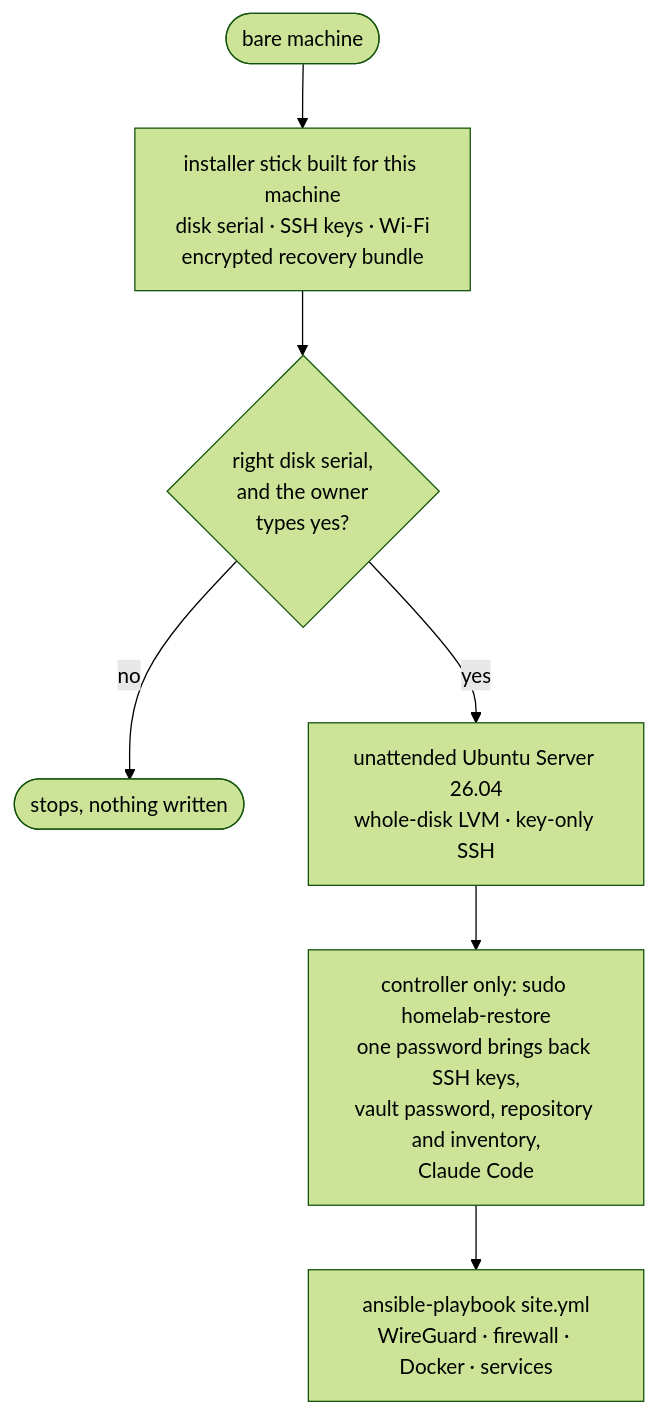
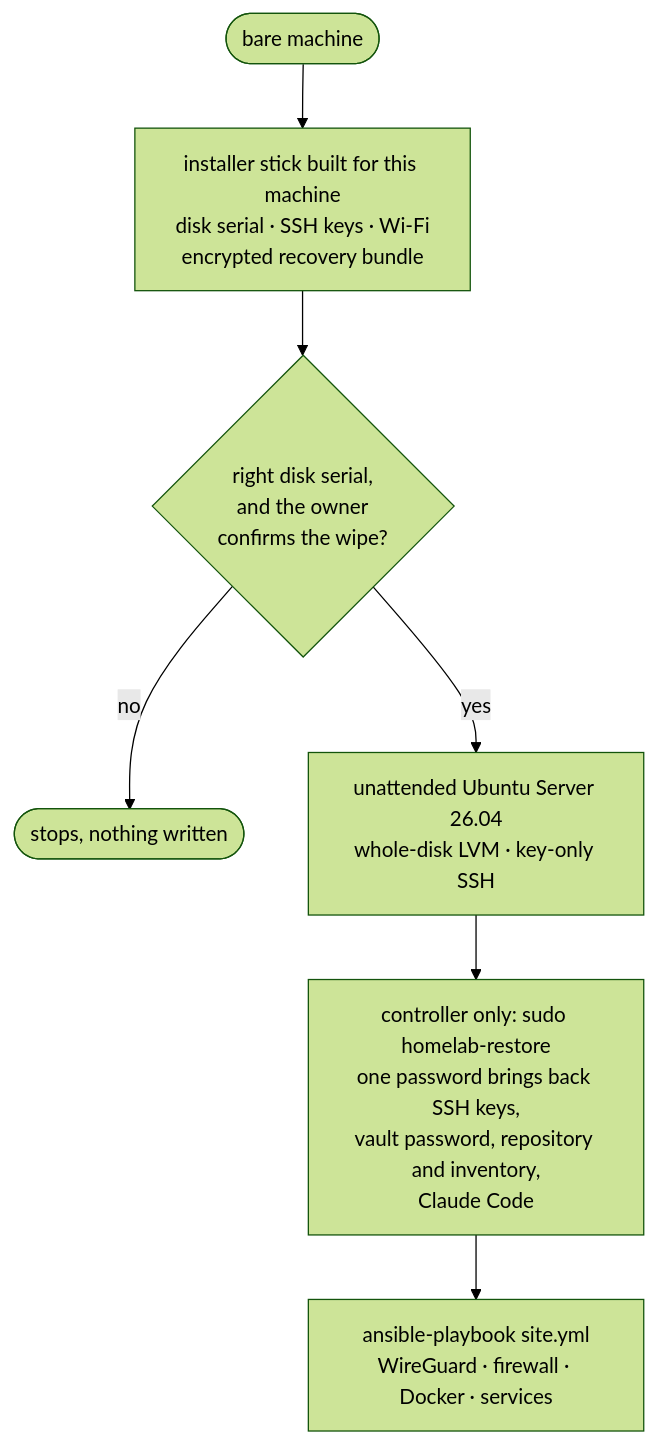
One commit to vpetukhov-wbss/homelab-infrastructure changed the seventh of 8 diagrams in README.md. Above: the diagram before and after it, drawn with Mermaid (forest theme). The commit also changed other lines of this file and 4 other files, not shown here.

```diff
--- a/README.md
+++ b/README.md
@@ -193,9 +193,9 @@
 ~~~mermaid
 flowchart TB
     bare(["bare machine"]) --> stick["installer stick built for this machine<br/>disk serial · SSH keys · Wi-Fi<br/>encrypted recovery bundle"]
-    stick --> check{"right disk serial,<br/>and the owner<br/>types yes?"}
+    stick --> check{"right disk serial,<br/>and the owner<br/>confirms the wipe?"}
     check -- no --> safe(["stops, nothing written"])
     check -- yes --> os["unattended Ubuntu Server 26.04<br/>whole-disk LVM · key-only SSH"]
     os --> restore["controller only: sudo homelab-restore<br/>one password brings back SSH keys,<br/>vault password, repository and inventory,<br/>Claude Code"]
     restore --> converge["ansible-playbook site.yml<br/>WireGuard · firewall · Docker · services"]
 ~~~
```
